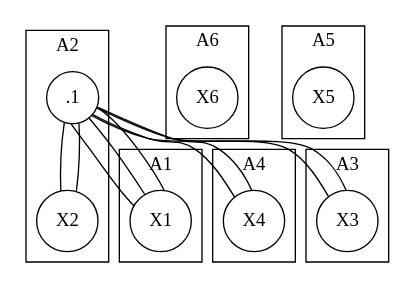
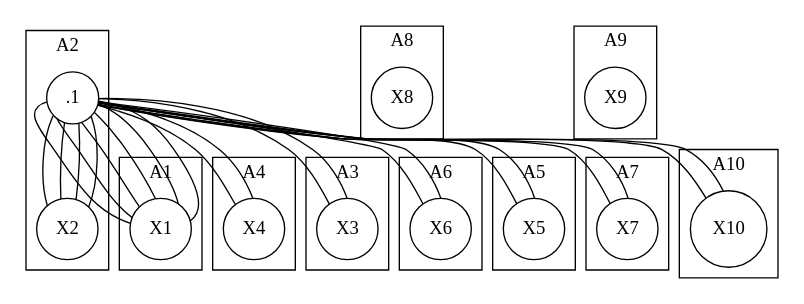
Before and after one commit to czy920/DCOPSolverOld: the diagram in DCOPSolver/.temp0.dot, drawn with Graphviz. The commit also changed 2 other files, not shown here.

```diff
--- a/DCOPSolver/.temp0.dot
+++ b/DCOPSolver/.temp0.dot
@@ -1,37 +1,66 @@
 graph {
 	node [shape = "circle"];
 	subgraph cluster_A2 {
 		label = A2;
 		X2.1;
 	}
 	subgraph cluster_A1 {
 		label = A1;
 		X1.1;
 	}
 	subgraph cluster_A4 {
 		label = A4;
 		X4.1;
 	}
 	subgraph cluster_A3 {
 		label = A3;
 		X3.1;
 	}
 	subgraph cluster_A6 {
 		label = A6;
 		X6.1;
 	}
 	subgraph cluster_A5 {
 		label = A5;
 		X5.1;
 	}
+	subgraph cluster_A8 {
+		label = A8;
+		X8.1;
+	}
+	subgraph cluster_A7 {
+		label = A7;
+		X7.1;
+	}
+	subgraph cluster_A10 {
+		label = A10;
+		X10.1;
+	}
+	subgraph cluster_A9 {
+		label = A9;
+		X9.1;
+	}
 
 	X6.1--X1.1;
 	X6.1--X4.1;
-	X6.1--X3.1;
-	X6.1--X2.1;
+	X6.1--X5.1;
 	X4.1--X1.1;
+	X4.1--X10.1;
+	X7.1--X6.1;
+	X7.1--X3.1;
+	X7.1--X2.1;
+	X7.1--X10.1;
+	X9.1--X1.1;
+	X9.1--X6.1;
+	X9.1--X4.1;
+	X9.1--X7.1;
+	X9.1--X2.1;
+	X9.1--X5.1;
+	X8.1--X1.1;
+	X8.1--X7.1;
 	X3.1--X1.1;
-	X5.1--X4.1;
+	X3.1--X2.1;
+	X10.1--X1.1;
+	X5.1--X2.1;
 	X5.1--X3.1;
-	X5.1--X2.1;
 }
```
